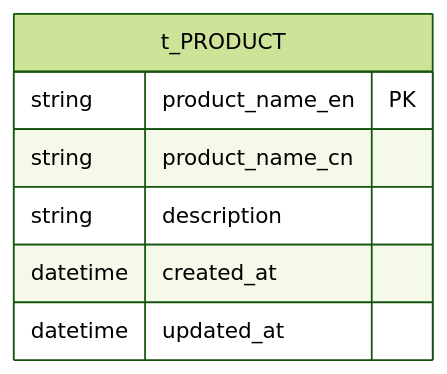
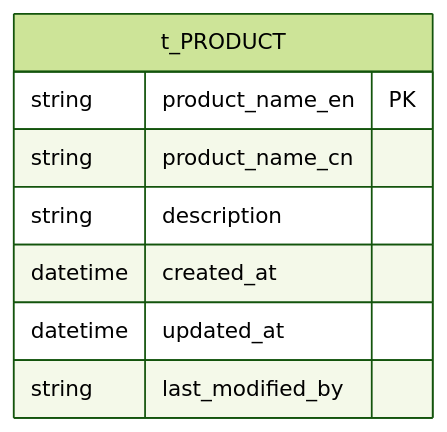
The third of 4 diagrams in README.md (luolong47/DSMS), drawn with Mermaid (forest theme) before and after one commit. The commit also changed other lines of this file and 9 other files, not shown here.

````diff
--- a/README.md
+++ b/README.md
@@ -66,10 +71,11 @@
 ```mermaid
 erDiagram
     t_PRODUCT {
         string product_name_en PK
         string product_name_cn
         string description
         datetime created_at
         datetime updated_at
+        string last_modified_by
     }
 ```
````
